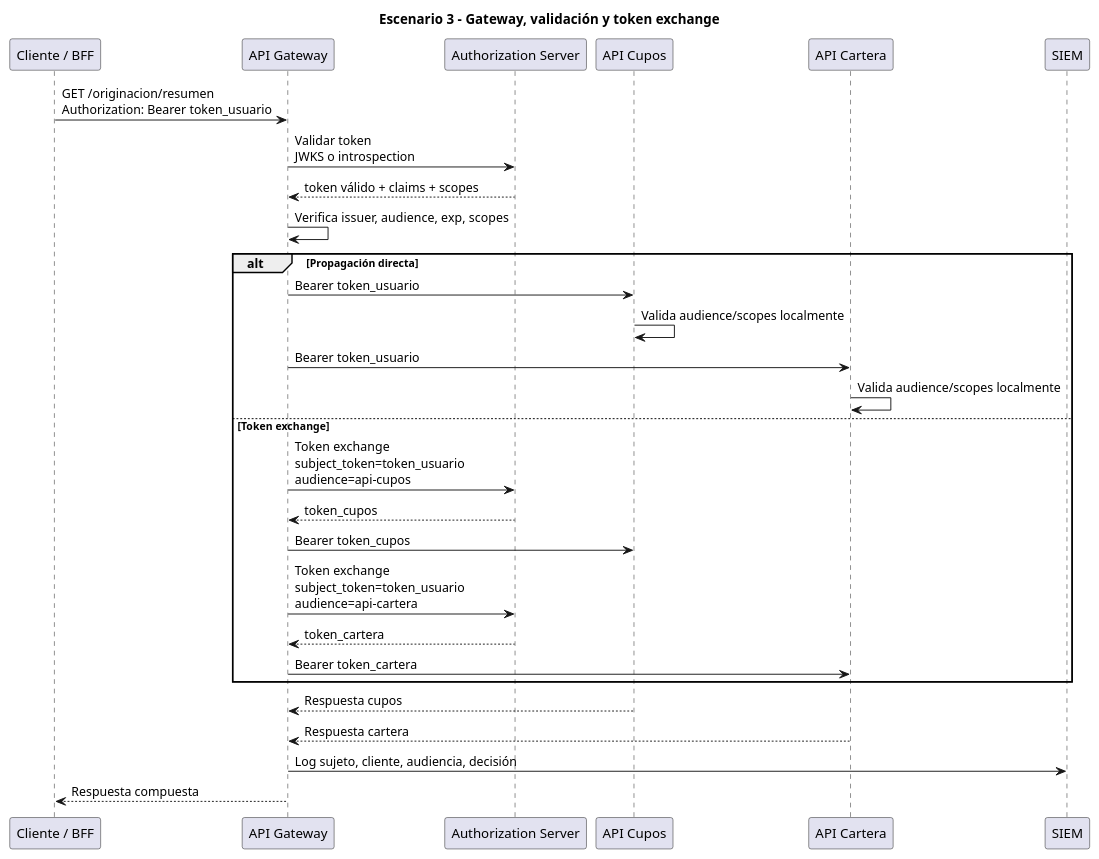
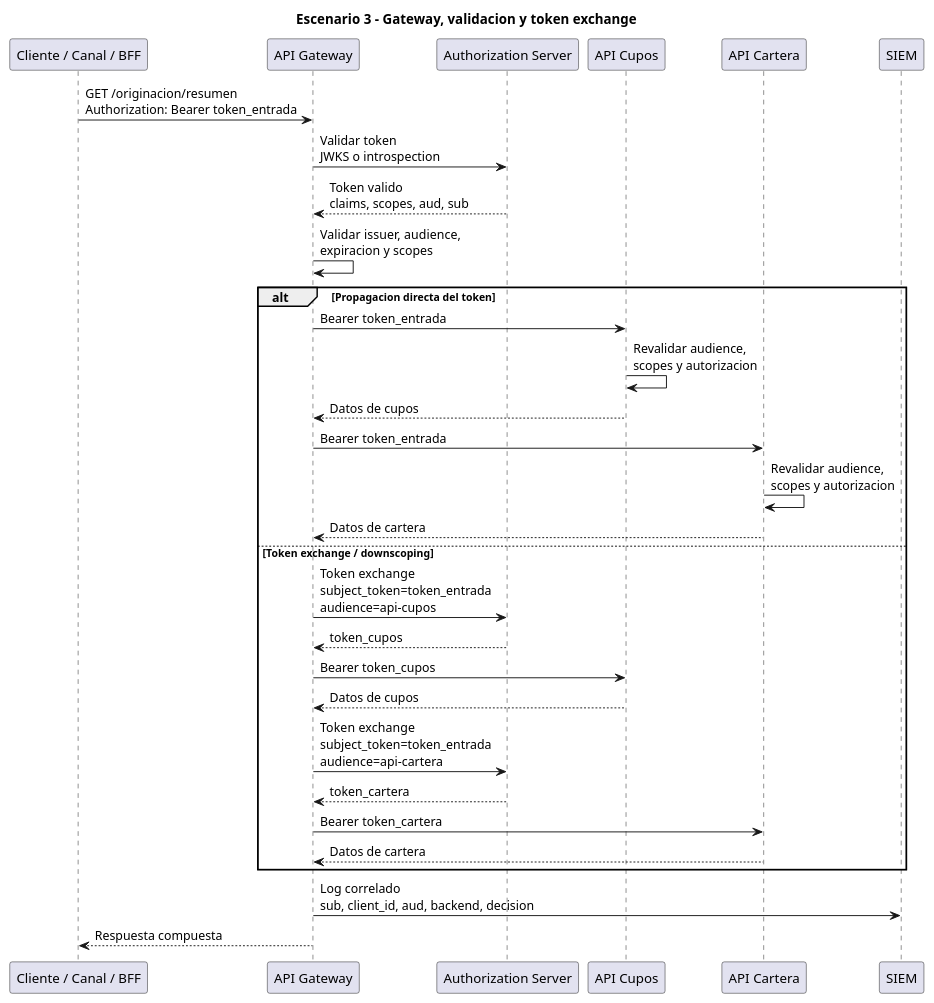
Diagram 13 of 24 in tesis/README.md (FredyRosero/evaluacion-controles-oauth2-oidc), drawn with PlantUML before and after one commit. The commit also changed other lines of this file and 24 other files, not shown here.

````diff
--- a/tesis/README.md
+++ b/tesis/README.md
@@ -1997,34 +2309,44 @@
 ```plantuml
 @startuml
-title Escenario 3 - Gateway, validación y token exchange
+title Escenario 3 - Gateway, validacion y token exchange
 
-participant "Cliente / BFF" as Client
+participant "Cliente / Canal / BFF" as Client
 participant "API Gateway" as GW
 participant "Authorization Server" as AS
 participant "API Cupos" as Limits
 participant "API Cartera" as Portfolio
 participant "SIEM" as SIEM
 
-Client -> GW : GET /originacion/resumen\nAuthorization: Bearer token_usuario
+Client -> GW : GET /originacion/resumen\nAuthorization: Bearer token_entrada
+
 GW -> AS : Validar token\nJWKS o introspection
-AS --> GW : token válido + claims + scopes
-GW -> GW : Verifica issuer, audience, exp, scopes
-alt Propagación directa
-  GW -> Limits : Bearer token_usuario
-  Limits -> Limits : Valida audience/scopes localmente
-  GW -> Portfolio : Bearer token_usuario
-  Portfolio -> Portfolio : Valida audience/scopes localmente
-else Token exchange
-  GW -> AS : Token exchange\nsubject_token=token_usuario\naudience=api-cupos
+AS --> GW : Token valido\nclaims, scopes, aud, sub
+
+GW -> GW : Validar issuer, audience,\nexpiracion y scopes
+
+alt Propagacion directa del token
+  GW -> Limits : Bearer token_entrada
+  Limits -> Limits : Revalidar audience,\nscopes y autorizacion
+  Limits --> GW : Datos de cupos
+
+  GW -> Portfolio : Bearer token_entrada
+  Portfolio -> Portfolio : Revalidar audience,\nscopes y autorizacion
+  Portfolio --> GW : Datos de cartera
+
+else Token exchange / downscoping
+  GW -> AS : Token exchange\nsubject_token=token_entrada\naudience=api-cupos
   AS --> GW : token_cupos
   GW -> Limits : Bearer token_cupos
-  GW -> AS : Token exchange\nsubject_token=token_usuario\naudience=api-cartera
+  Limits --> GW : Datos de cupos
+
+  GW -> AS : Token exchange\nsubject_token=token_entrada\naudience=api-cartera
   AS --> GW : token_cartera
   GW -> Portfolio : Bearer token_cartera
+  Portfolio --> GW : Datos de cartera
 end
-Limits --> GW : Respuesta cupos
-Portfolio --> GW : Respuesta cartera
-GW -> SIEM : Log sujeto, cliente, audiencia, decisión
+
+GW -> SIEM : Log correlado\nsub, client_id, aud, backend, decision
 GW --> Client : Respuesta compuesta
+
 @enduml
 ```
````
